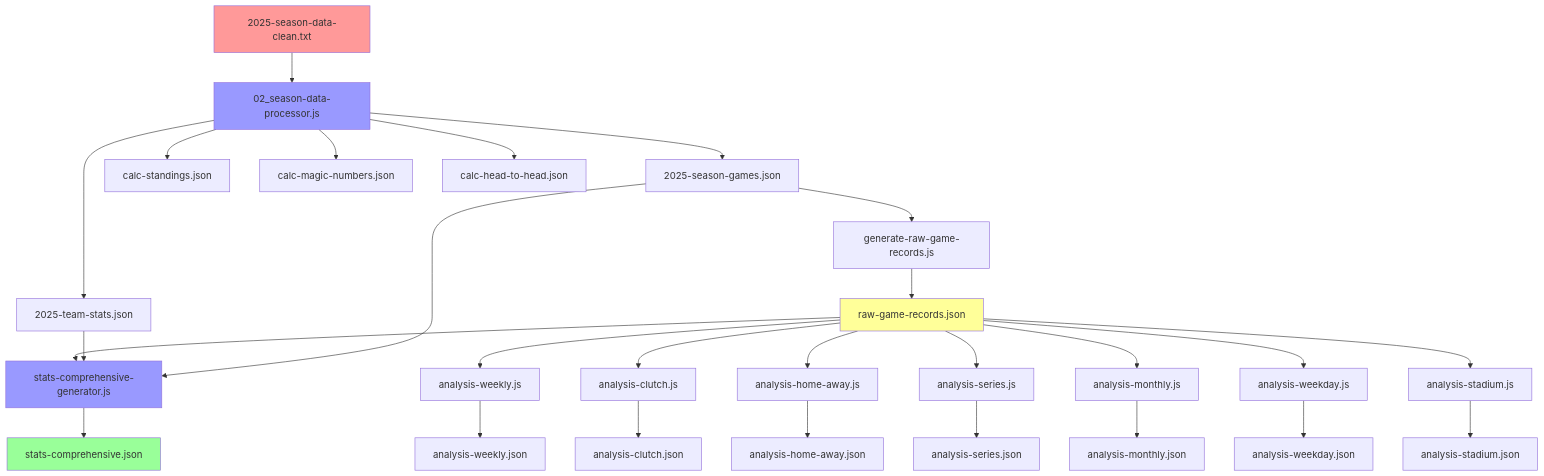
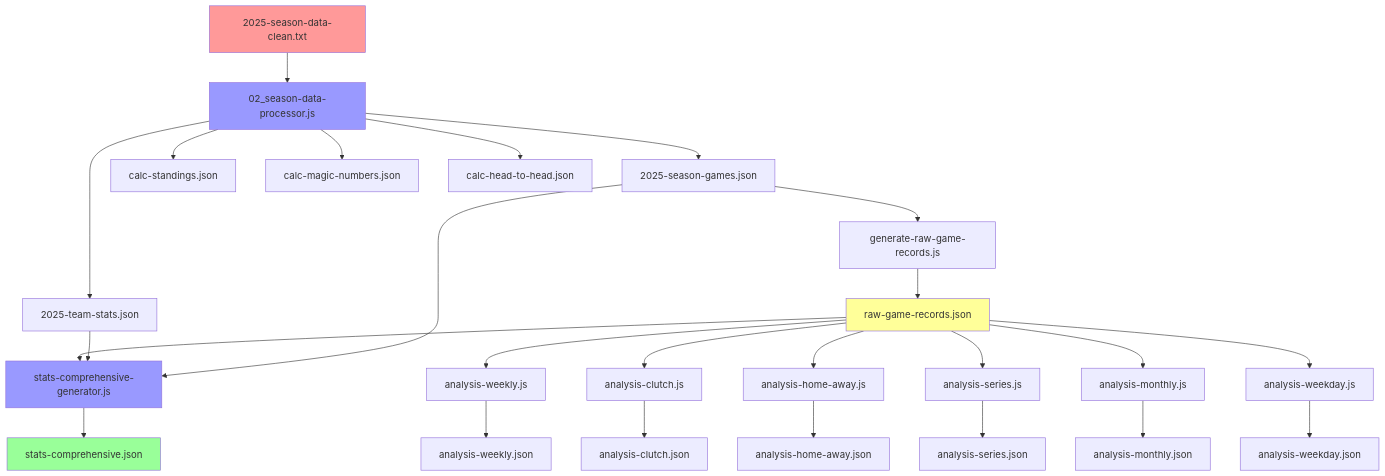
The diagram in magic-number/JSON-DEPENDENCY-MAP.md (SanghunBruceHam/kbo), drawn with Mermaid before and after one commit. The commit also changed other lines of this file and 5 other files, not shown here.

````diff
--- a/magic-number/JSON-DEPENDENCY-MAP.md
+++ b/magic-number/JSON-DEPENDENCY-MAP.md
@@ -5,46 +5,44 @@
 ```mermaid
 graph TD
     A[2025-season-data-clean.txt] --> B[02_season-data-processor.js]
     
     B --> C[2025-season-games.json]
     B --> D[2025-team-stats.json]
     
     C --> E[generate-raw-game-records.js]
     E --> F[raw-game-records.json]
     
     B --> G[calc-standings.json]
     B --> H[calc-magic-numbers.json]
     B --> I[calc-head-to-head.json]
     
     F --> K[stats-comprehensive-generator.js]
     D --> K
     C --> K
     K --> L[stats-comprehensive.json]
     
     F --> M[analysis-weekly.js]
     M --> N[analysis-weekly.json]
     
     F --> O[analysis-clutch.js]
     O --> P[analysis-clutch.json]
     
     F --> Q[analysis-home-away.js]
     Q --> R[analysis-home-away.json]
     
     F --> S[analysis-series.js]
     S --> T[analysis-series.json]
     
     F --> U[analysis-monthly.js]
     U --> V[analysis-monthly.json]
     
     F --> W[analysis-weekday.js]
     W --> X[analysis-weekday.json]
     
-    F --> Y[analysis-stadium.js]
-    Y --> Z[analysis-stadium.json]
     
     style A fill:#ff9999
     style L fill:#99ff99
     style F fill:#ffff99
     style B fill:#9999ff
     style K fill:#9999ff
 ```
````
